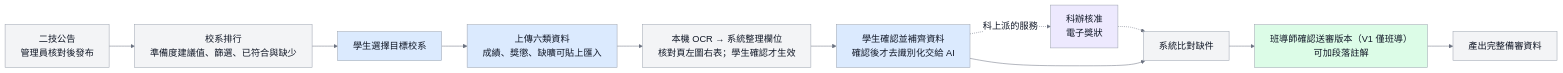
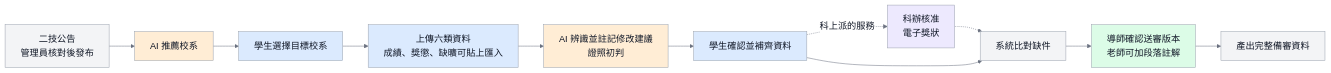
One commit to 111534107/smart-learning-portfolio-main changed the diagram in docs/images/D-15-report-overview.mmd. Above: the diagram before and after it, drawn with Mermaid. The commit also changed 841 other files, not shown here.

```diff
--- a/docs/images/D-15-report-overview.mmd
+++ b/docs/images/D-15-report-overview.mmd
@@ -1,19 +1,19 @@
 %%{init: {'theme':'base','themeVariables': {'fontSize':'18px','fontFamily':'DFKai-SB, BiauKai, serif','primaryColor':'#F3F4F6','primaryTextColor':'#111827','primaryBorderColor':'#9CA3AF','lineColor':'#6B7280','edgeLabelBackground':'#FFFFFF'},'flowchart':{'wrappingWidth':400}}}%%
 flowchart LR
     classDef student fill:#DBEAFE,stroke:#9CA3AF,color:#111827,stroke-width:1px;
     classDef system fill:#F3F4F6,stroke:#9CA3AF,color:#111827,stroke-width:1px;
     classDef teacher fill:#DCFCE7,stroke:#9CA3AF,color:#111827,stroke-width:1px;
     classDef staff fill:#EDE9FE,stroke:#9CA3AF,color:#111827,stroke-width:1px;
     classDef ai fill:#FFEDD5,stroke:#9CA3AF,color:#111827,stroke-width:1px;
 
     Notice[二技公告<br/>管理員核對後發布]:::system --> Recommend
-    Recommend[校系排行<br/>準備度建議值、篩選、已符合與缺少]:::system --> Target[學生選擇目標校系]:::student
+    Recommend[AI 推薦校系]:::ai --> Target[學生選擇目標校系]:::student
     Target --> Upload[上傳六類資料<br/>成績、獎懲、缺曠可貼上匯入]:::student
-    Upload --> Check[本機 OCR → 系統整理欄位<br/>核對頁左圖右表；學生確認才生效]:::system
-    Check --> Confirm[學生確認並補齊資料<br/>確認後才去識別化交給 AI]:::student
+    Upload --> Check[AI 辨識並註記修改建議<br/>證照初判]:::ai
+    Check --> Confirm[學生確認並補齊資料]:::student
     Confirm -.科上派的服務.-> Staff[科辦核准<br/>電子獎狀]:::staff
     Staff -.-> Core
     Confirm --> Core[系統比對缺件]:::system
     Core --> Teacher
-    Teacher[班導師確認送審版本（V1 僅班導）<br/>可加段落註解]:::teacher
+    Teacher[導師確認送審版本<br/>老師可加段落註解]:::teacher
     Teacher --> Output[產出完整備審資料]:::system
```
